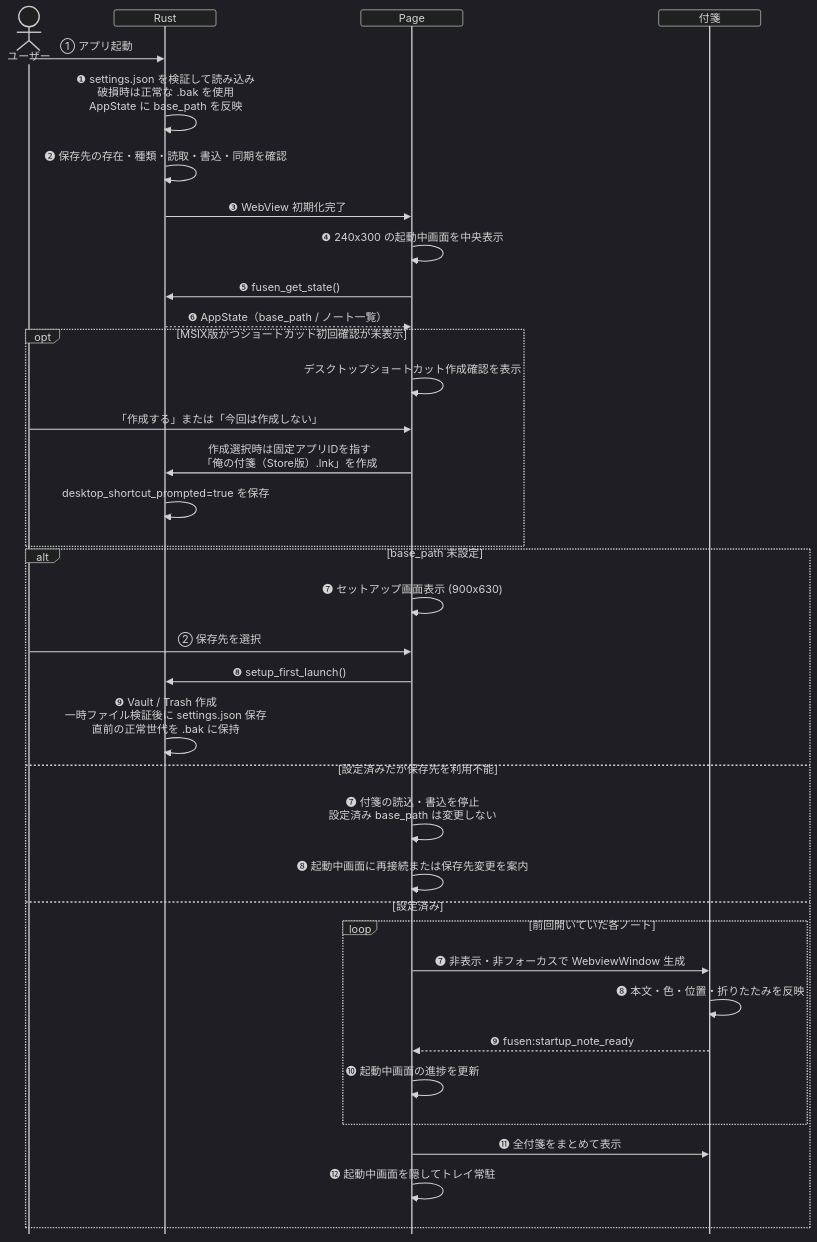
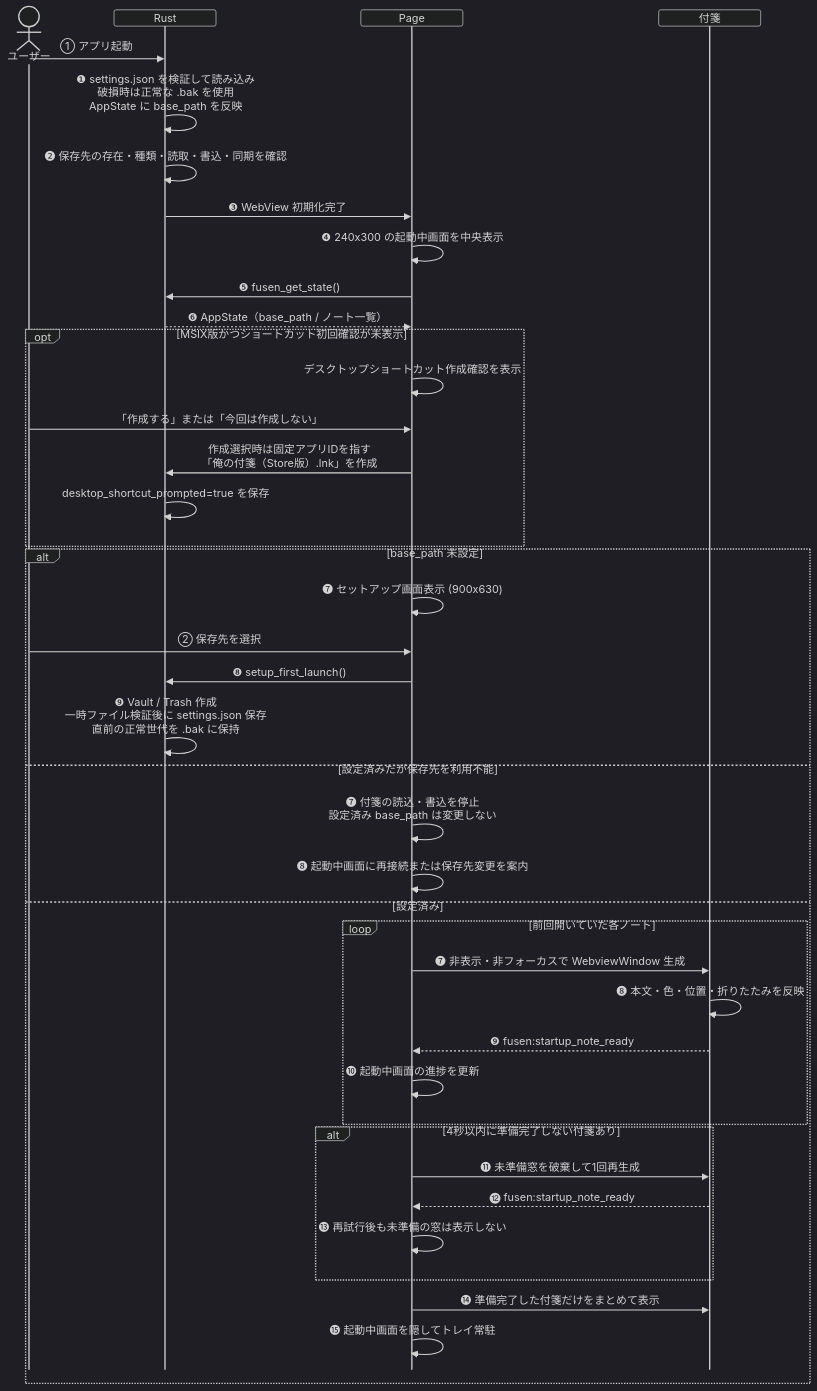
The fifth of 16 diagrams in docs-v2/002_PC.md (ore-no-fusen/ore-no-fusen), drawn with Mermaid (dark theme) before and after one commit. The commit also changed other lines of this file and 19 other files, not shown here.

````diff
--- a/docs-v2/002_PC.md
+++ b/docs-v2/002_PC.md
@@ -435,42 +435,47 @@
 ```mermaid
 %%{init: {'sequence': {'messageMargin': 8, 'mirrorActors': false, 'height': 24, 'boxMargin': 4, 'noteMargin': 6}}}%%
 sequenceDiagram
     actor U as ユーザー
     participant R as Rust
     participant P as Page
     participant W as 付箋
 
     U->>R: ① アプリ起動
     R->>R: ❶ settings.json を検証して読み込み<br>破損時は正常な .bak を使用<br>AppState に base_path を反映
     R->>R: ❷ 保存先の存在・種類・読取・書込・同期を確認
     R->>P: ❸ WebView 初期化完了
     P->>P: ❹ 240x300 の起動中画面を中央表示
     P->>R: ❺ fusen_get_state()
     R-->>P: ❻ AppState（base_path / ノート一覧）
 
     opt MSIX版かつショートカット初回確認が未表示
         P->>P: デスクトップショートカット作成確認を表示
         U->>P: 「作成する」または「今回は作成しない」
         P->>R: 作成選択時は固定アプリIDを指す<br>「俺の付箋（Store版）.lnk」を作成
         R->>R: desktop_shortcut_prompted=true を保存
     end
 
     alt base_path 未設定
         P->>P: ❼ セットアップ画面表示 (900x630)
         U->>P: ② 保存先を選択
         P->>R: ❽ setup_first_launch()
         R->>R: ❾ Vault / Trash 作成<br>一時ファイル検証後に settings.json 保存<br>直前の正常世代を .bak に保持
     else 設定済みだが保存先を利用不能
         P->>P: ❼ 付箋の読込・書込を停止<br>設定済み base_path は変更しない
         P->>P: ❽ 起動中画面に再接続または保存先変更を案内
     else 設定済み
         loop 前回開いていた各ノート
             P->>W: ❼ 非表示・非フォーカスで WebviewWindow 生成
             W->>W: ❽ 本文・色・位置・折りたたみを反映
             W-->>P: ❾ fusen:startup_note_ready
             P->>P: ❿ 起動中画面の進捗を更新
         end
-        P->>W: ⓫ 全付箋をまとめて表示
-        P->>P: ⓬ 起動中画面を隠してトレイ常駐
+        alt 4秒以内に準備完了しない付箋あり
+            P->>W: ⓫ 未準備窓を破棄して1回再生成
+            W-->>P: ⓬ fusen:startup_note_ready
+            P->>P: ⓭ 再試行後も未準備の窓は表示しない
+        end
+        P->>W: ⓮ 準備完了した付箋だけをまとめて表示
+        P->>P: ⓯ 起動中画面を隠してトレイ常駐
     end
 ```
````
